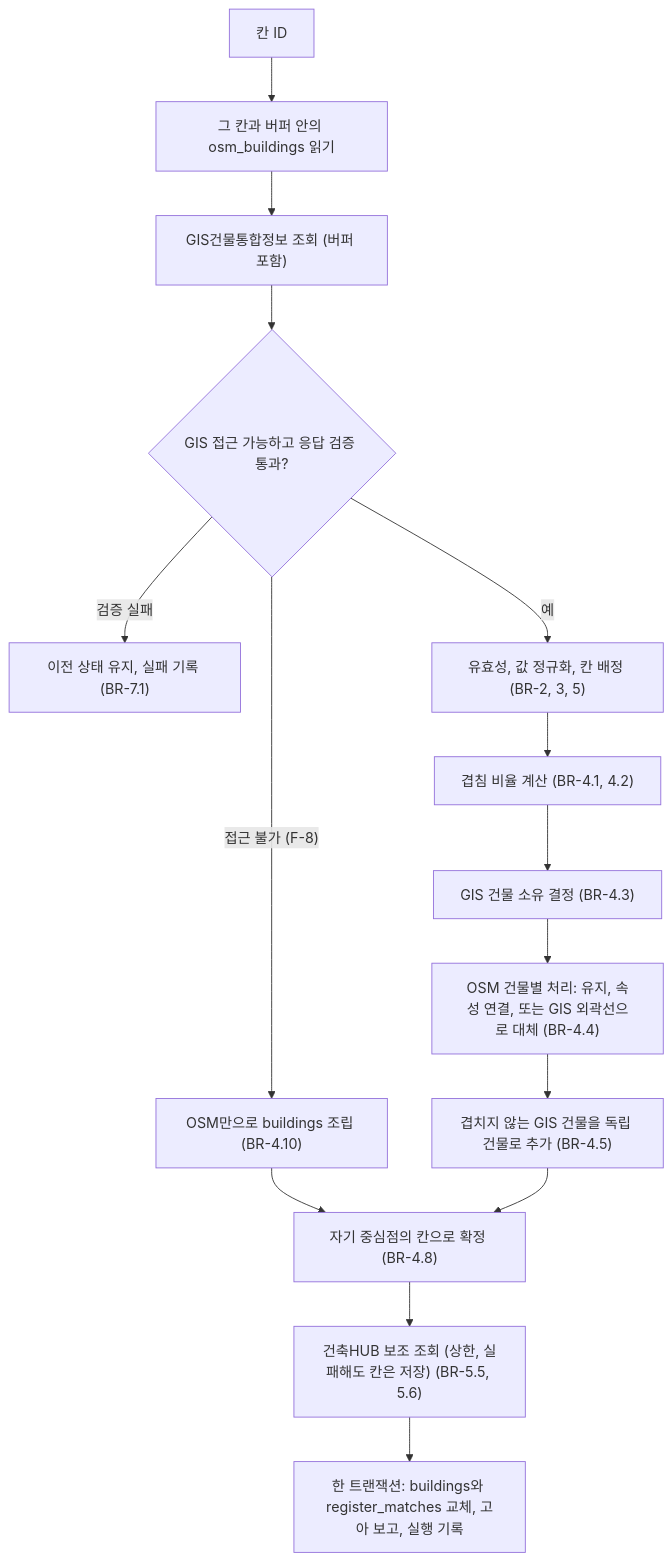
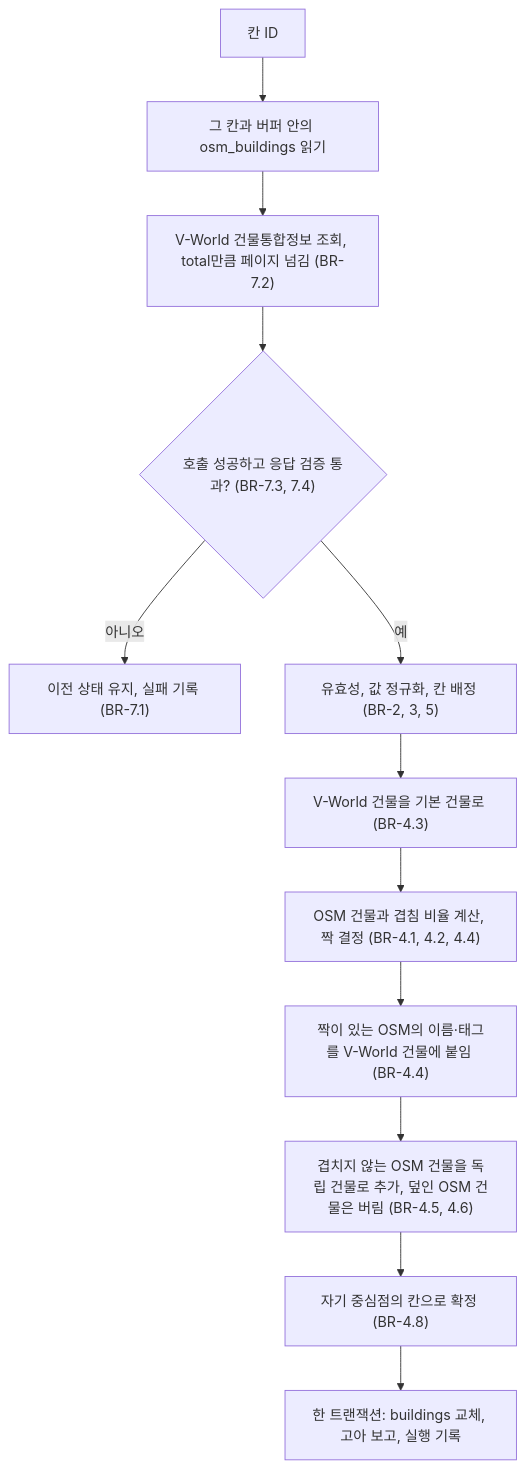
Before and after one commit to Nyam2C/roblox-map: the second of 2 diagrams in aidlc-docs/construction/u1-data-foundation/functional-design/business-logic-model.md, drawn with Mermaid. The commit also changed other lines of this file and 4 other files, not shown here.

````diff
--- a/aidlc-docs/construction/u1-data-foundation/functional-design/business-logic-model.md
+++ b/aidlc-docs/construction/u1-data-foundation/functional-design/business-logic-model.md
@@ -31,17 +32,14 @@
 ```mermaid
 flowchart TD
     A["칸 ID"] --> B["그 칸과 버퍼 안의 osm_buildings 읽기"]
-    B --> C["GIS건물통합정보 조회 (버퍼 포함)"]
-    C --> D{"GIS 접근 가능하고 응답 검증 통과?"}
-    D -- "접근 불가 (F-8)" --> N["OSM만으로 buildings 조립 (BR-4.10)"]
-    D -- "검증 실패" --> E["이전 상태 유지, 실패 기록 (BR-7.1)"]
+    B --> C["V-World 건물통합정보 조회, total만큼 페이지 넘김 (BR-7.2)"]
+    C --> D{"호출 성공하고 응답 검증 통과? (BR-7.3, 7.4)"}
+    D -- "아니오" --> E["이전 상태 유지, 실패 기록 (BR-7.1)"]
     D -- "예" --> F["유효성, 값 정규화, 칸 배정 (BR-2, 3, 5)"]
-    F --> G["겹침 비율 계산 (BR-4.1, 4.2)"]
-    G --> H["GIS 건물 소유 결정 (BR-4.3)"]
-    H --> I["OSM 건물별 처리: 유지, 속성 연결, 또는 GIS 외곽선으로 대체 (BR-4.4)"]
-    I --> J["겹치지 않는 GIS 건물을 독립 건물로 추가 (BR-4.5)"]
-    N --> K
+    F --> G["V-World 건물을 기본 건물로 (BR-4.3)"]
+    G --> H["OSM 건물과 겹침 비율 계산, 짝 결정 (BR-4.1, 4.2, 4.4)"]
+    H --> I["짝이 있는 OSM의 이름·태그를 V-World 건물에 붙임 (BR-4.4)"]
+    I --> J["겹치지 않는 OSM 건물을 독립 건물로 추가, 덮인 OSM 건물은 버림 (BR-4.5, 4.6)"]
     J --> K["자기 중심점의 칸으로 확정 (BR-4.8)"]
-    K --> L["건축HUB 보조 조회 (상한, 실패해도 칸은 저장) (BR-5.5, 5.6)"]
-    L --> M["한 트랜잭션: buildings와 register_matches 교체, 고아 보고, 실행 기록"]
+    K --> L["한 트랜잭션: buildings 교체, 고아 보고, 실행 기록"]
 ```
````
